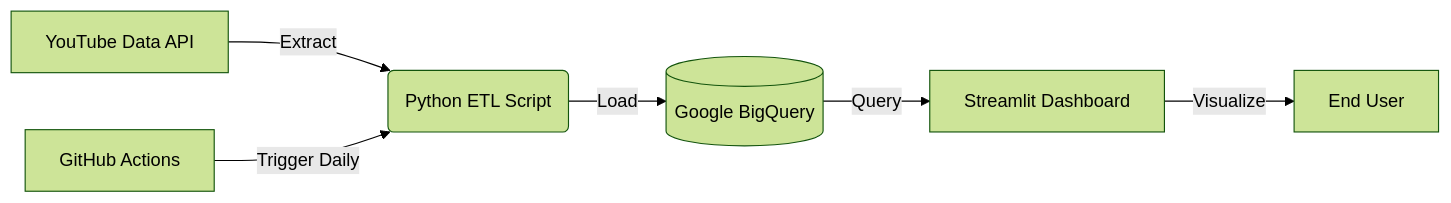
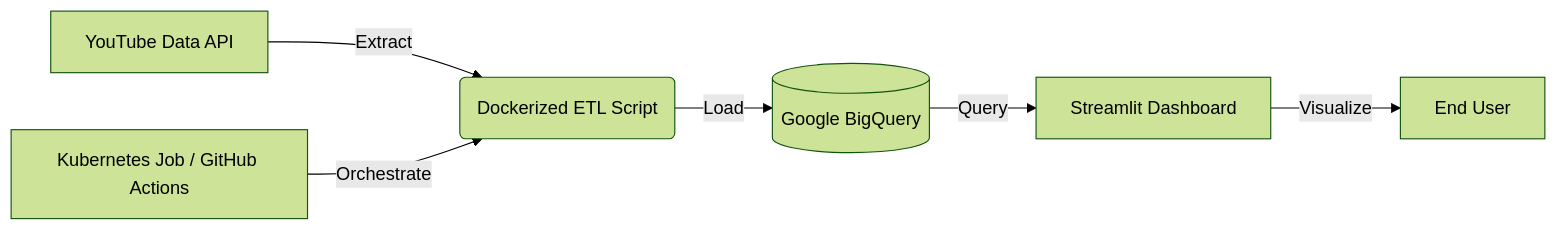
Before and after one commit to nbx0021/youtube-analytics-pipeline: the diagram in README.md, drawn with Mermaid (forest theme). The commit also changed other lines of this file, not shown here.

````diff
--- a/README.md
+++ b/README.md
@@ -18,9 +18,9 @@
 ```mermaid
 graph LR
-A[YouTube Data API] -->|Extract| B(Python ETL Script)
+A[YouTube Data API] -->|Extract| B(Dockerized ETL Script)
 B -->|Load| C[(Google BigQuery)]
-D[GitHub Actions] -->|Trigger Daily| B
+D[Kubernetes Job / GitHub Actions] -->|Orchestrate| B
 C -->|Query| E[Streamlit Dashboard]
 E -->|Visualize| F[End User]
 
 ```
````
